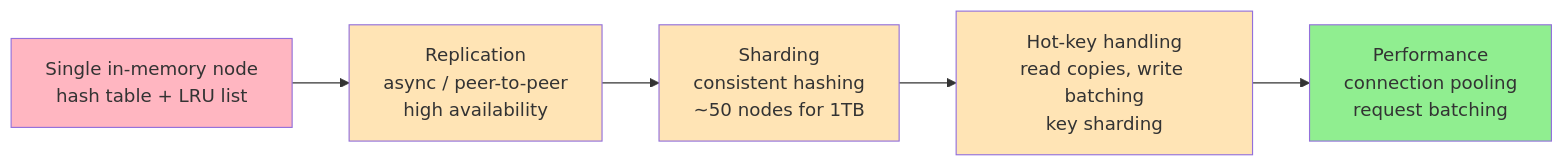
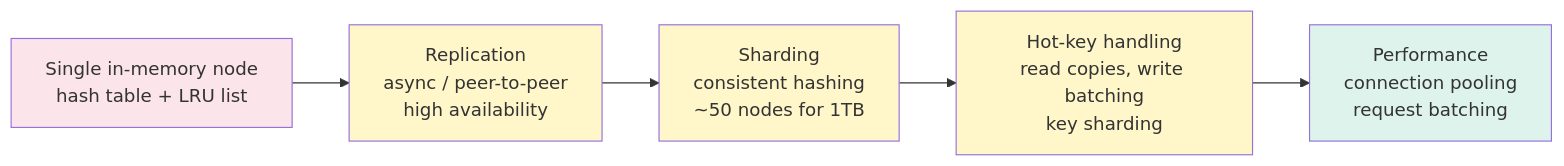
The second of 2 diagrams in LLD/SystemDesign/ProblemBreakdowns/DistributedCache.md (cartmancodes/InterviewVault), drawn with Mermaid before and after one commit. The commit also changed 679 other files, not shown here.

Commit message:
Unify content diagrams and add accessible visual walkthroughs

````diff
--- a/LLD/SystemDesign/ProblemBreakdowns/DistributedCache.md
+++ b/LLD/SystemDesign/ProblemBreakdowns/DistributedCache.md
@@ -325,13 +325,13 @@
 ```mermaid
 graph LR
     A["Single in-memory node<br/>hash table + LRU list"] --> B["Replication<br/>async / peer-to-peer<br/>high availability"]
     B --> C["Sharding<br/>consistent hashing<br/>~50 nodes for 1TB"]
     C --> D["Hot-key handling<br/>read copies, write batching<br/>key sharding"]
     D --> E["Performance<br/>connection pooling<br/>request batching"]
 
-    style A fill:#FFB6C1
-    style B fill:#FFE4B5
-    style C fill:#FFE4B5
-    style D fill:#FFE4B5
-    style E fill:#90EE90
+    style A fill:#FCE5EA
+    style B fill:#FFF6C9
+    style C fill:#FFF6C9
+    style D fill:#FFF6C9
+    style E fill:#DDF3EC
 ```
````
